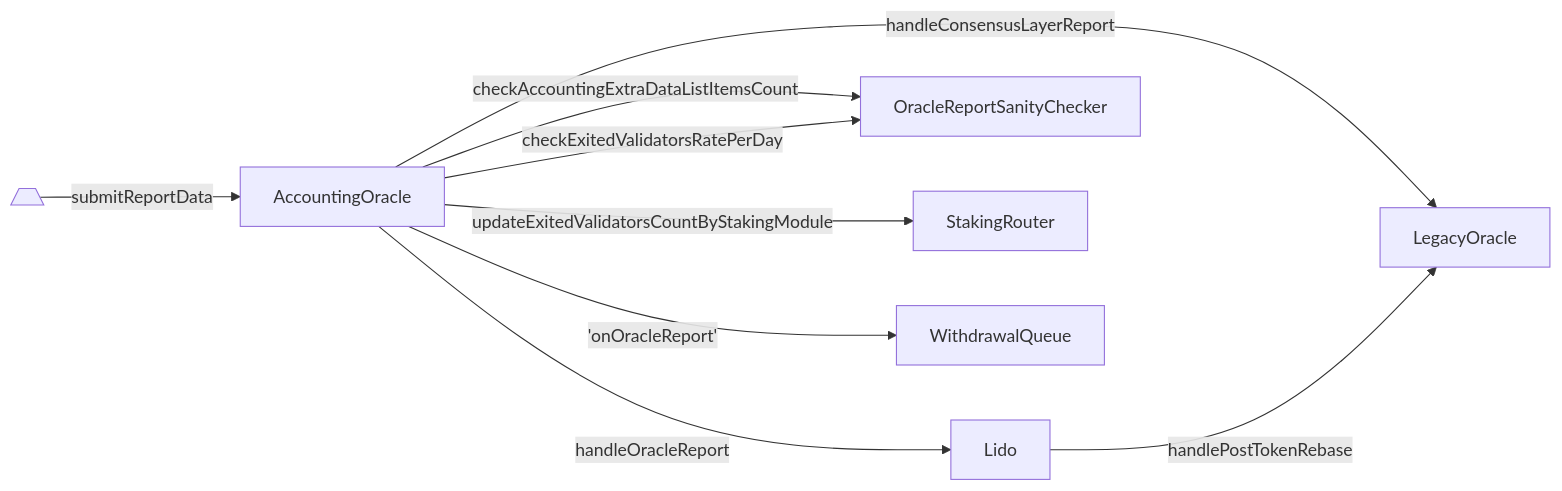
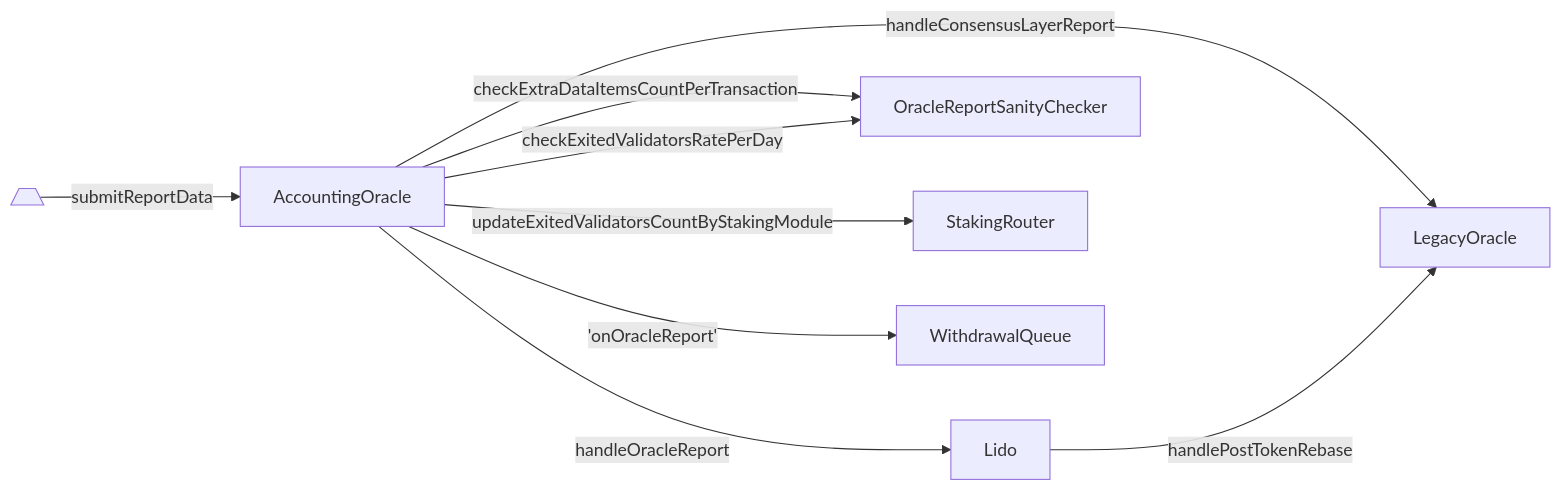
One commit to lidofinance/docs changed the diagram in docs/contracts/accounting-oracle.md. Above: the diagram before and after it, drawn with Mermaid. The commit also changed other lines of this file and 1 other file, not shown here.

Commit message:
update sanity checker usage in contracts

````diff
--- a/docs/contracts/accounting-oracle.md
+++ b/docs/contracts/accounting-oracle.md
@@ -50,9 +50,9 @@
 ```mermaid
 graph LR;
   A[/  \]--submitReportData-->AccountingOracle--handleConsensusLayerReport--->LegacyOracle;
   AccountingOracle--handleOracleReport-->Lido--handlePostTokenRebase-->LegacyOracle
-  AccountingOracle--checkAccountingExtraDataListItemsCount-->OracleReportSanityChecker;
+  AccountingOracle--checkExtraDataItemsCountPerTransaction-->OracleReportSanityChecker;
   AccountingOracle--updateExitedValidatorsCountByStakingModule-->StakingRouter;
   AccountingOracle--checkExitedValidatorsRatePerDay-->OracleReportSanityChecker;
   AccountingOracle--'onOracleReport'-->WithdrawalQueue;
 ```
````
